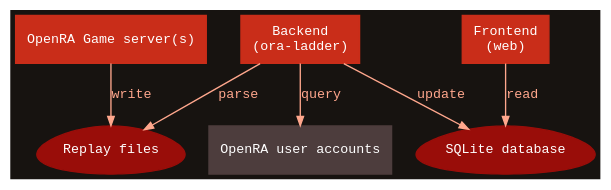
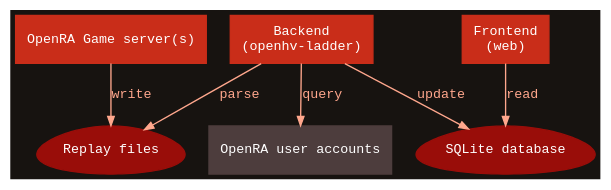
Before and after one commit to OpenHV/ladder: the diagram in misc/architecture.dot, drawn with Graphviz. The commit also changed 37 other files, not shown here.

```diff
--- a/misc/architecture.dot
+++ b/misc/architecture.dot
@@ -1,20 +1,20 @@
 digraph {
   bgcolor="#171310"
 
   node[style=filled,shape=box,color="#c92d19",fontcolor="#ffffff",fontsize=10,fontname=Monospace]
   gameserver         [label="OpenRA Game server(s)"]
-  backend            [label="Backend\n(ora-ladder)"]
+  backend            [label="Backend\n(openhv-ladder)"]
   frontend           [label="Frontend\n(web)"]
   openrauseraccounts [label="OpenRA user accounts",color="#4d3d3d"]
 
   node[shape=egg,color="#990d09"]
   replays [label="Replay files"]
   db      [label="SQLite database"]
 
   edge[color="#ffa78d",fontcolor="#ffa78d",fontsize=10,fontname=Monospace,arrowsize=0.7]
   gameserver -> replays            [label="write"]
   backend    -> replays            [label="parse"]
   backend    -> openrauseraccounts [label="query"]
   backend    -> db                 [label="update"]
   frontend   -> db                 [label="read"]
 }
```
